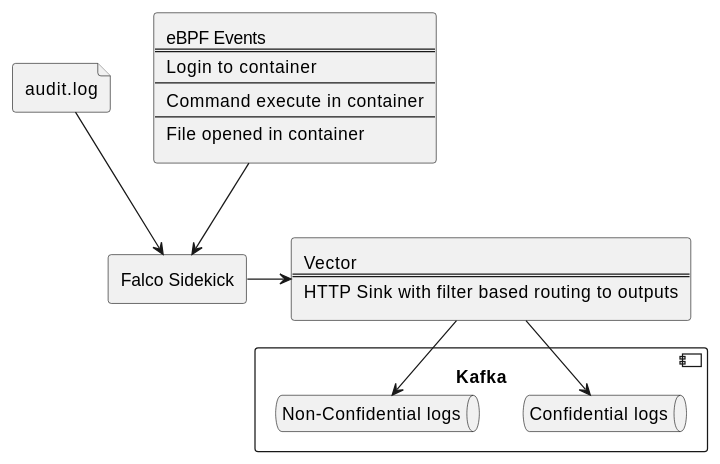
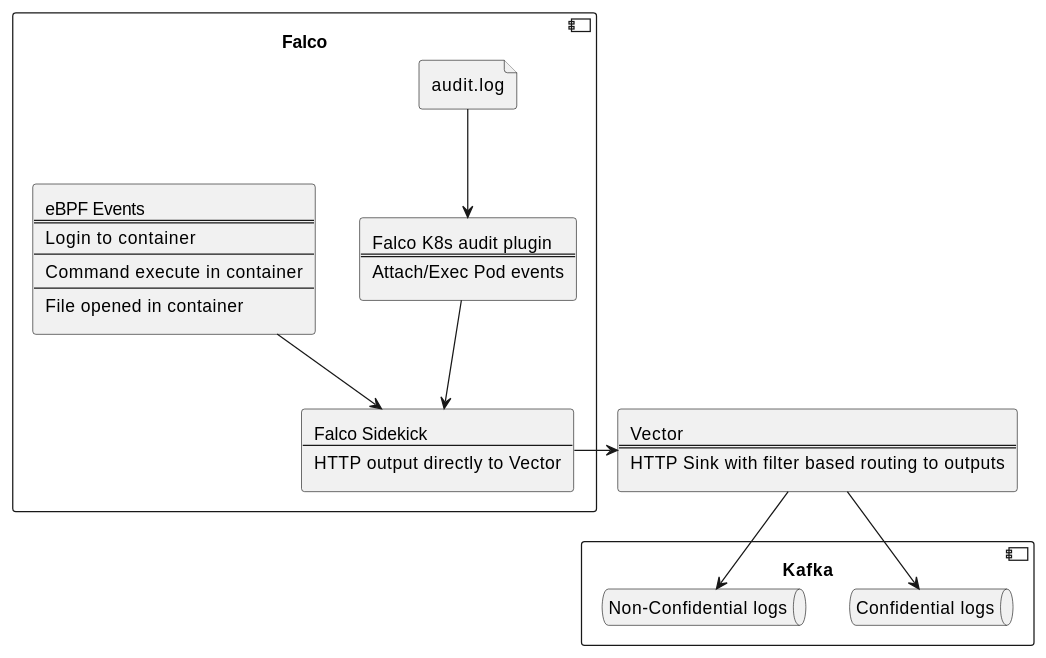
The diagram in content/OpenShift/2023-11-13-running-falco.org (stderrat/blog-src), drawn with PlantUML before and after one commit. The commit also changed other lines of this file and 2 other files, not shown here.

Commit message:
publish running falco

```diff
--- a/content/OpenShift/2023-11-13-running-falco.org
+++ b/content/OpenShift/2023-11-13-running-falco.org
@@ -160,44 +164,56 @@
-#+begin_src plantuml :file images/falco-pipeline.png :noexport:
+#+begin_src plantuml :file ../OpenShift/images/falco/falco-pipeline.png :exports results
 @startuml
-file audit.log
-agent eBPF [
-eBPF Events
-====
-Login to container
-----
-Command execute in container
-----
-File opened in container
-]
+component Falco {
+	file audit.log
 
-agent sidekick [
-Falco Sidekick
-]
+	agent eBPF [
+	eBPF Events
+	====
+	Login to container
+	----
+	Command execute in container
+	----
+	File opened in container
+	]
+
+	agent k8saudit [
+	Falco K8s audit plugin
+	====
+	Attach/Exec Pod events
+	]
+
+	agent sidekick [
+	Falco Sidekick
+	----
+	HTTP output directly to Vector
+	]
+}
 
 agent vector [
 Vector
 ====
 HTTP Sink with filter based routing to outputs
 ]
 
 component Kafka {
 	queue Confidential[
 	Confidential logs
 	]
 
 	queue NonConfidential[
 	Non-Confidential logs
 	]
 }
 
 
 
-audit.log --> sidekick
+audit.log --> k8saudit
+k8saudit --> sidekick
 eBPF --> sidekick
 
 sidekick -> vector
 
 vector --> Confidential
 vector --> NonConfidential
 
 #+end_src
```
